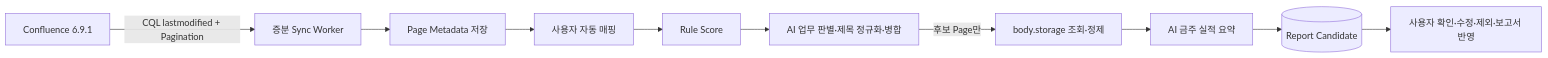
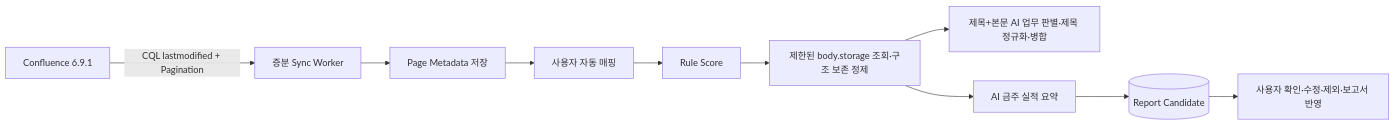
Before and after one commit to hkjang/weekly: the diagram in docs/CONFLUENCE.md, drawn with Mermaid. The commit also changed other lines of this file and 30 other files, not shown here.

````diff
--- a/docs/CONFLUENCE.md
+++ b/docs/CONFLUENCE.md
@@ -11,12 +11,12 @@
 ```mermaid
 flowchart LR
   C[Confluence 6.9.1] -->|CQL lastmodified + Pagination| W[증분 Sync Worker]
   W --> M[Page Metadata 저장]
   M --> I[사용자 자동 매핑]
   I --> R[Rule Score]
-  R --> A[AI 업무 판별·제목 정규화·병합]
-  A -->|후보 Page만| B[body.storage 조회·정제]
+  R --> B[제한된 body.storage 조회·구조 보존 정제]
+  B --> A[제목+본문 AI 업무 판별·제목 정규화·병합]
   B --> S[AI 금주 실적 요약]
   S --> P[(Report Candidate)]
   P --> U[사용자 확인·수정·제외·보고서 반영]
 ```
````
